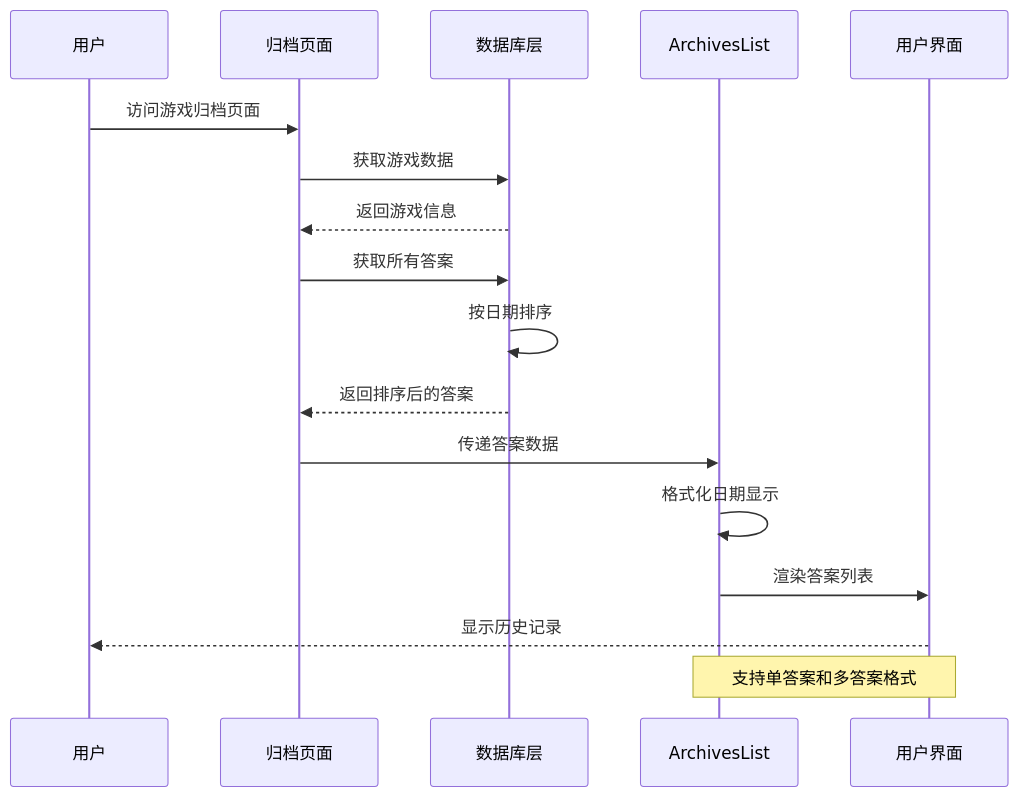
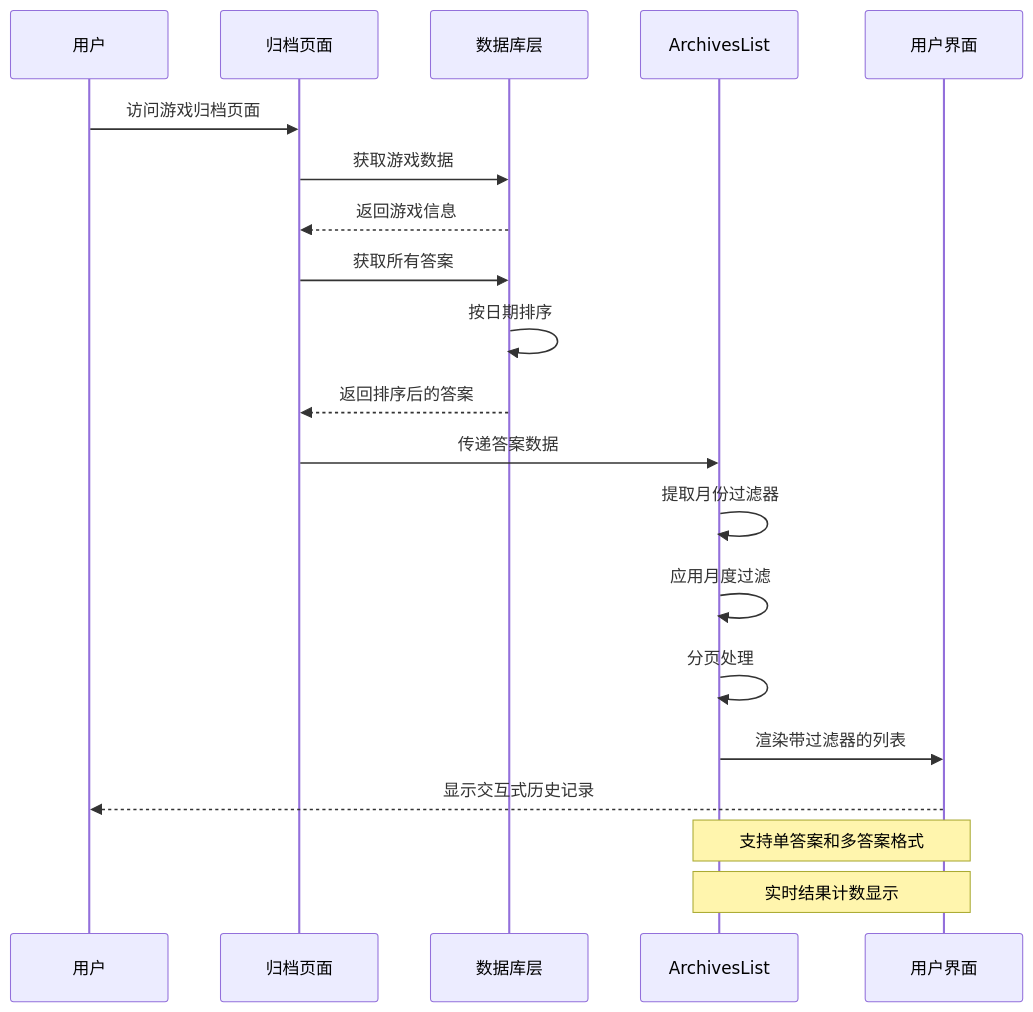
The third of 13 diagrams in .qoder/repowiki/zh/content/核心功能模块/游戏组件系统/ArchivesList 历史记录列表组件.md (billychou/linkedin-answer), drawn with Mermaid before and after one commit. The commit also changed other lines of this file and 10 other files, not shown here.

````diff
--- a/.qoder/repowiki/zh/content/核心功能模块/游戏组件系统/ArchivesList 历史记录列表组件.md
+++ b/.qoder/repowiki/zh/content/核心功能模块/游戏组件系统/ArchivesList 历史记录列表组件.md
@@ -129,19 +131,22 @@
 ```mermaid
 sequenceDiagram
 participant User as 用户
 participant Page as 归档页面
 participant Lib as 数据库层
 participant Component as ArchivesList
 participant UI as 用户界面
 User->>Page : 访问游戏归档页面
 Page->>Lib : 获取游戏数据
 Lib-->>Page : 返回游戏信息
 Page->>Lib : 获取所有答案
 Lib->>Lib : 按日期排序
 Lib-->>Page : 返回排序后的答案
 Page->>Component : 传递答案数据
-Component->>Component : 格式化日期显示
-Component->>UI : 渲染答案列表
-UI-->>User : 显示历史记录
+Component->>Component : 提取月份过滤器
+Component->>Component : 应用月度过滤
+Component->>Component : 分页处理
+Component->>UI : 渲染带过滤器的列表
+UI-->>User : 显示交互式历史记录
 Note over Component,UI : 支持单答案和多答案格式
+Note over Component,UI : 实时结果计数显示
 ```
````
